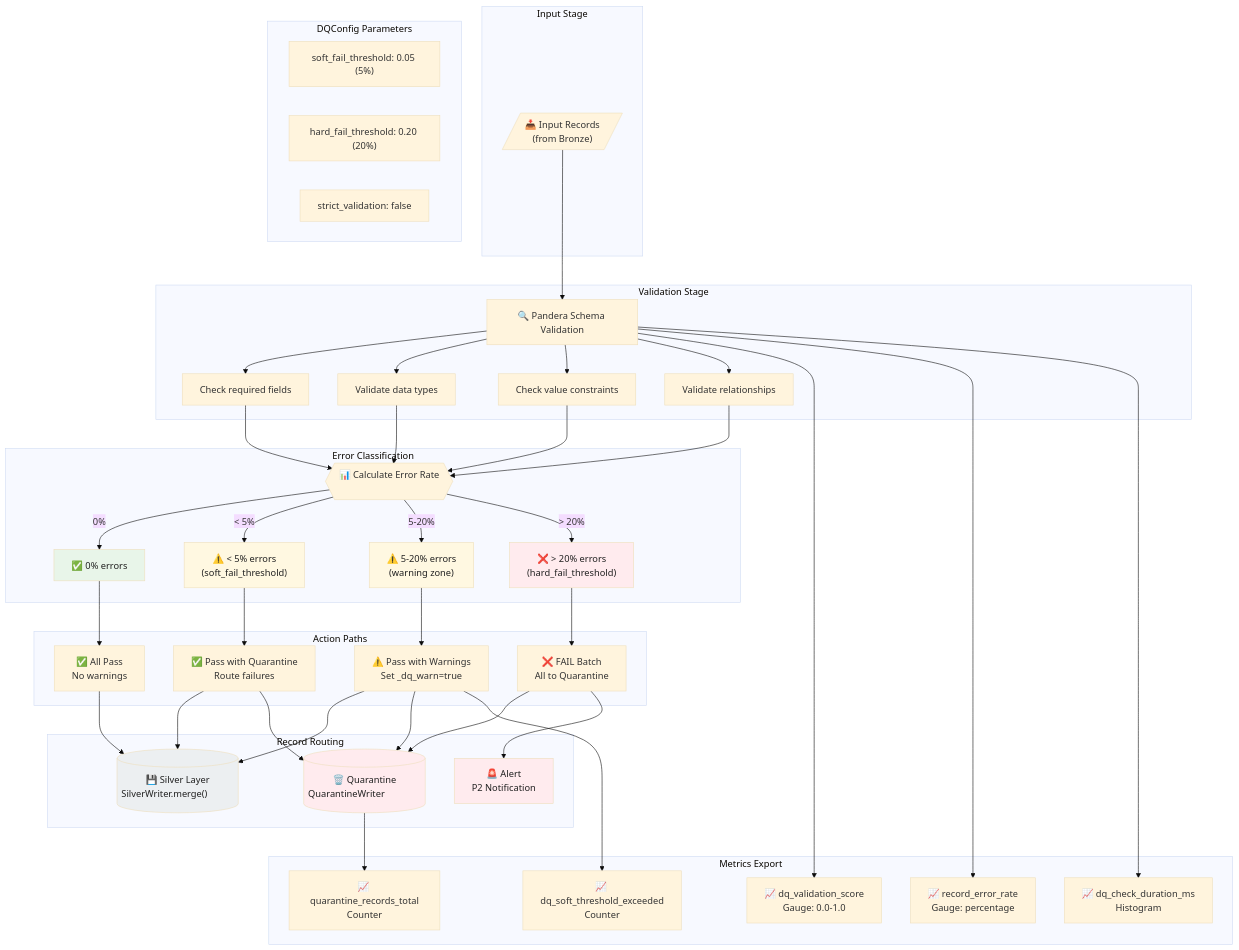
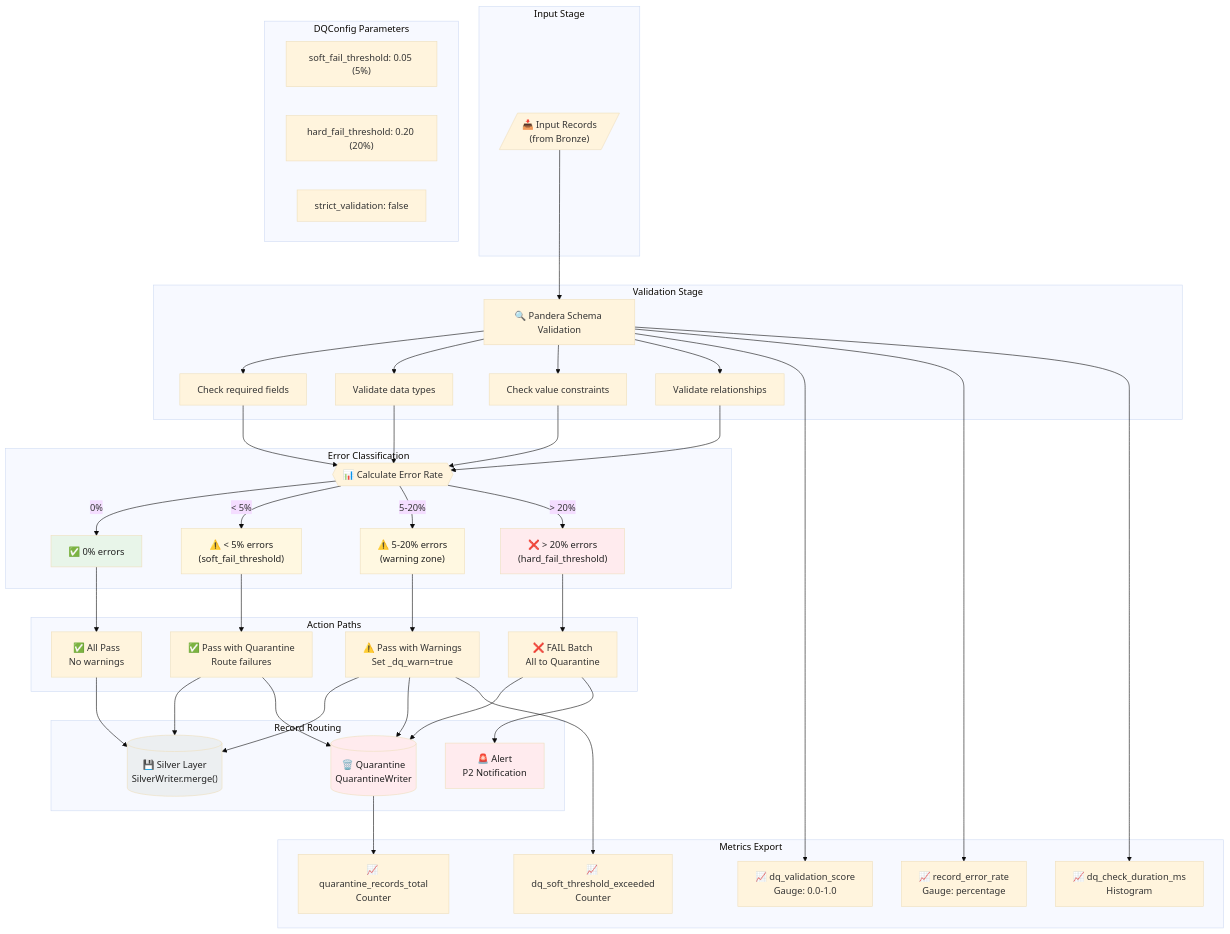
One commit to SatoryKono/BioactivityDataAcquisition changed the diagram in docs/02-architecture/mmd-diagrams/foundation/15-dq-check-workflow.mmd. Above: the diagram before and after it, drawn with Mermaid. The commit also changed 8 other files, not shown here.

```diff
--- a/docs/02-architecture/mmd-diagrams/foundation/15-dq-check-workflow.mmd
+++ b/docs/02-architecture/mmd-diagrams/foundation/15-dq-check-workflow.mmd
@@ -1,108 +1,108 @@
 %% Title: Data Quality Check Workflow
 %% Covers: RULES.md §3.1 (DQ Checks), §2.3 (Quarantine)
 %% Updated: 2026-02-17
 %% Components: DQMonitorPort, BronzeDQAnalyzerPort, SilverDQAnalyzerPort, GoldDQAnalyzerPort, ErrorClassifier, QuarantineManager
 
 %% @version 1.0.0
 %% @date    2026-02-24
 %% @type    flowchart
 %% @level   Mixed (System / Component / Class)
 
 %%{init: {'theme': 'base', 'themeVariables': {'lineWidth': '2'}}}%%
 %% @uniform width=312 height=72 max_title_len=31 max_desc_lines=2
 flowchart TD
 %% keep-orphan: CFG1, CFG2, CFG3
     subgraph Input["Input Stage"]
         A[/"📥 Input Records<br/>(from Bronze)"/]
     end
 
     subgraph Validation["Validation Stage"]
         B["🔍 Pandera Schema Validation<br/>"]
         B1["Check required fields<br/>"]
         B2["Validate data types<br/>"]
         B3["Check value constraints<br/>"]
         B4["Validate relationships<br/>"]
 
         B --> B1
         B --> B2
         B --> B3
         B --> B4
     end
 
     subgraph Classification["Error Classification"]
-        C{{"📊 Calculate Error Rate<br/>&nbsp;"}}
+        C{{"📊 Calculate Error Rate<br/>"}}
         D["✅ 0% errors<br/>"]
         E["⚠️ < 5% errors<br/>(soft_fail_threshold)"]
         F["⚠️ 5-20% errors<br/>(warning zone)"]
         G["❌ > 20% errors<br/>(hard_fail_threshold)"]
     end
 
     subgraph Actions["Action Paths"]
         H["✅ All Pass<br/>No warnings"]
         I["✅ Pass with Quarantine<br/>Route failures"]
         J["⚠️ Pass with Warnings<br/>Set _dq_warn=true"]
         K["❌ FAIL Batch<br/>All to Quarantine"]
     end
 
     subgraph Routing["Record Routing"]
-        L[("💾 Silver Layer<br/>SilverWriter.merge()&nbsp;&nbsp;&nbsp;&nbsp;&nbsp;&nbsp;&nbsp;&nbsp;&nbsp;&nbsp;&nbsp;")]
-        M[("🗑️ Quarantine<br/>QuarantineWriter&nbsp;&nbsp;&nbsp;&nbsp;&nbsp;&nbsp;&nbsp;&nbsp;&nbsp;&nbsp;&nbsp;&nbsp;&nbsp;&nbsp;&nbsp;")]
+        L[("💾 Silver Layer<br/>SilverWriter.merge()")]
+        M[("🗑️ Quarantine<br/>QuarantineWriter")]
         N["🚨 Alert<br/>P2 Notification"]
     end
 
     subgraph Metrics["Metrics Export"]
         O["📈 dq_validation_score<br/>Gauge: 0.0-1.0"]
         P["📈 record_error_rate<br/>Gauge: percentage"]
         Q["📈 dq_check_duration_ms<br/>Histogram"]
         R["📈 dq_soft_threshold_exceeded<br/>Counter"]
         S["📈 quarantine_records_total<br/>Counter"]
     end
 
     %% Main flow
     A --> B
     B1 --> C
     B2 --> C
     B3 --> C
     B4 --> C
 
     C -->|"0%"| D
     C -->|"< 5%"| E
     C -->|"5-20%"| F
     C -->|"> 20%"| G
 
     D --> H
     E --> I
     F --> J
     G --> K
 
     H --> L
     I --> L
     I --> M
     J --> L
     J --> M
     J --> R
     K --> M
     K --> N
 
     %% Metrics connections
     B --> O
     B --> P
     B --> Q
     M --> S
 
     %% Styling
     style D fill:#e8f5e9,color:#212121
     style E fill:#fff8e1,color:#212121
     style F fill:#fff8e1,color:#212121
     style G fill:#ffebee,color:#212121
     style L fill:#eceff1,color:#212121
     style M fill:#ffebee,color:#212121
     style N fill:#ffebee,color:#212121
 
     %% Configuration annotation
     subgraph Config["DQConfig Parameters"]
         direction LR
         CFG1["soft_fail_threshold: 0.05 (5%)<br/>"]
         CFG2["hard_fail_threshold: 0.20 (20%)<br/>"]
         CFG3["strict_validation: false<br/>"]
     end
```
